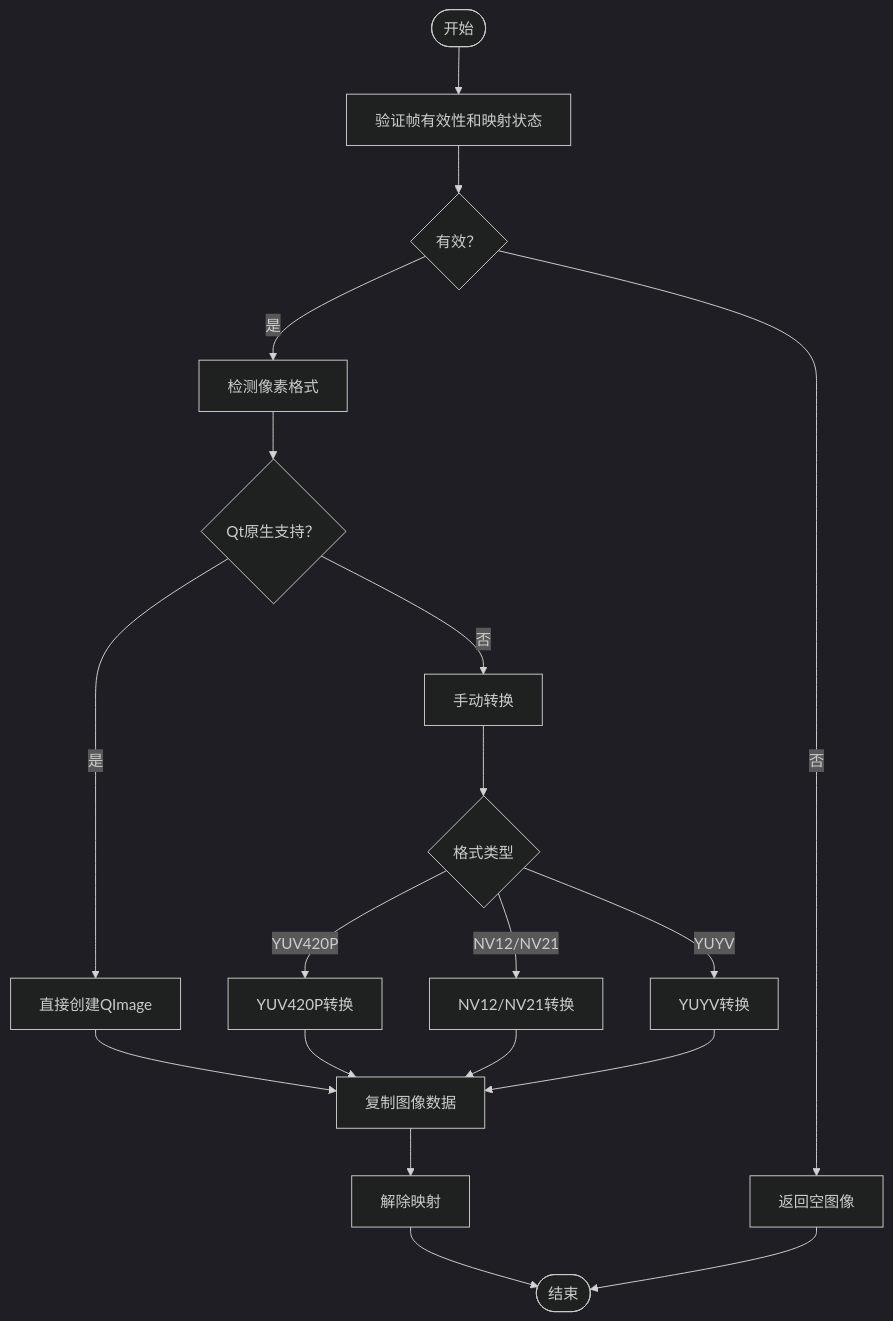
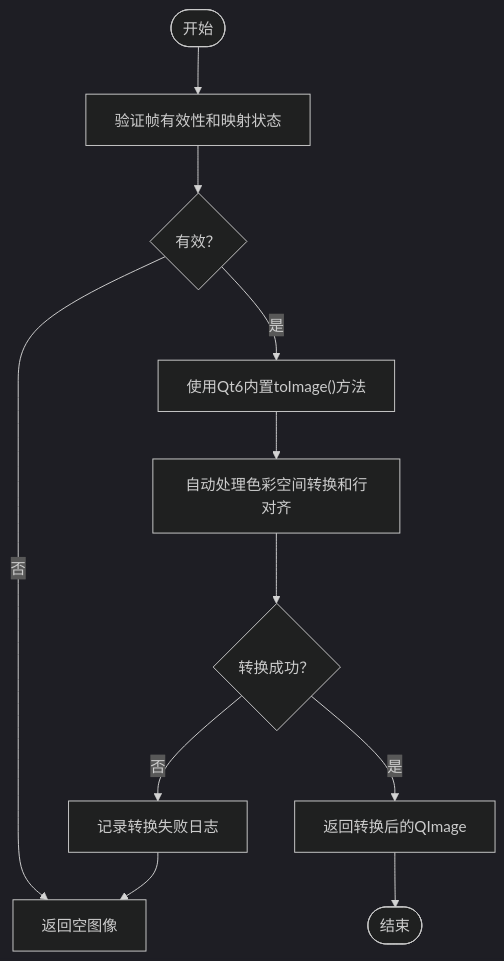
The fourth of 6 diagrams in .qoder/repowiki/zh/content/核心模块/摄像头采集模块/视频帧捕获.md (HeQiTZD/Triple-terminal-Attendance-Punching-System), drawn with Mermaid (dark theme) before and after one commit. The commit also changed other lines of this file and 127 other files, not shown here.

````diff
--- a/.qoder/repowiki/zh/content/核心模块/摄像头采集模块/视频帧捕获.md
+++ b/.qoder/repowiki/zh/content/核心模块/摄像头采集模块/视频帧捕获.md
@@ -180,21 +226,13 @@
 ```mermaid
 flowchart TD
 Start(["开始"]) --> Validate["验证帧有效性和映射状态"]
 Validate --> Valid{"有效？"}
 Valid --> |否| ReturnNull["返回空图像"]
-Valid --> |是| DetectFmt["检测像素格式"]
-DetectFmt --> Native{"Qt原生支持？"}
-Native --> |是| DirectCreate["直接创建QImage"]
-Native --> |否| ManualConvert["手动转换"]
-DirectCreate --> CopyImg["复制图像数据"]
-ManualConvert --> ChooseFmt{"格式类型"}
-ChooseFmt --> |YUV420P| YUV420P["YUV420P转换"]
-ChooseFmt --> |NV12/NV21| NV12["NV12/NV21转换"]
-ChooseFmt --> |YUYV| YUYV["YUYV转换"]
-YUV420P --> CopyImg
-NV12 --> CopyImg
-YUYV --> CopyImg
-CopyImg --> Unmap["解除映射"]
-Unmap --> End(["结束"])
-ReturnNull --> End
+Valid --> |是| UseQt6["使用Qt6内置toImage()方法"]
+UseQt6 --> Convert["自动处理色彩空间转换和行对齐"]
+Convert --> CheckResult{"转换成功？"}
+CheckResult --> |否| LogError["记录转换失败日志"]
+CheckResult --> |是| ReturnImage["返回转换后的QImage"]
+LogError --> ReturnNull
+ReturnImage --> End(["结束"])
 ```
````
